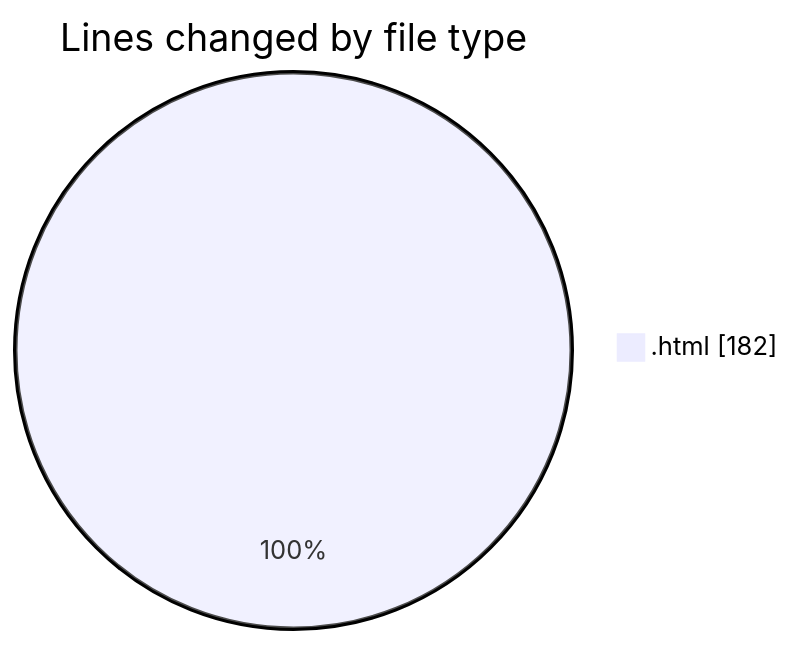
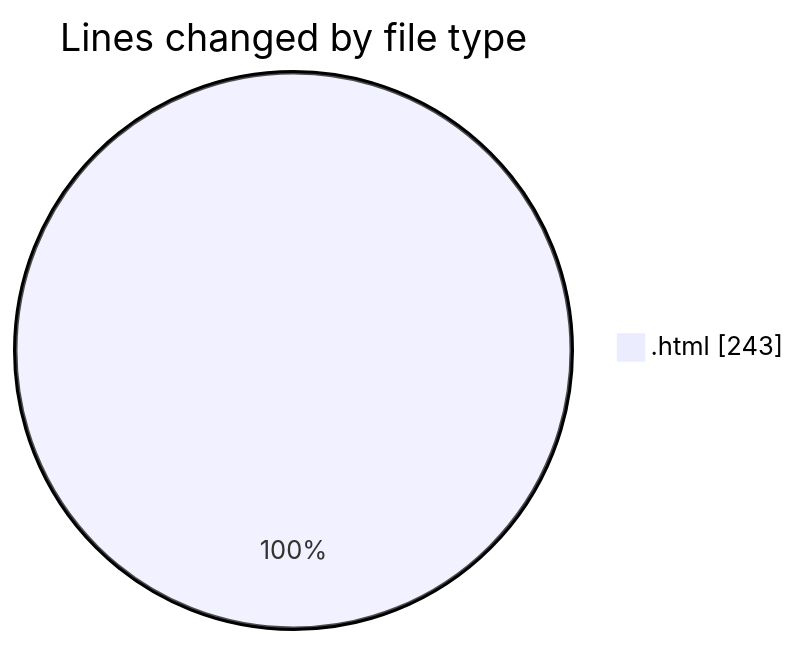
Before and after one commit to IJAZ3593/code-tracking: the first of 2 diagrams in 2025-09-14/new_folder/README.md, drawn with Mermaid. The commit also changed other lines of this file and 1 other file, not shown here.

````diff
--- a/2025-09-14/new_folder/README.md
+++ b/2025-09-14/new_folder/README.md
@@ -20,5 +20,5 @@
 ```mermaid
 pie showData
 title Lines changed by file type
-".html" : 182
+".html" : 243
 ```
````
